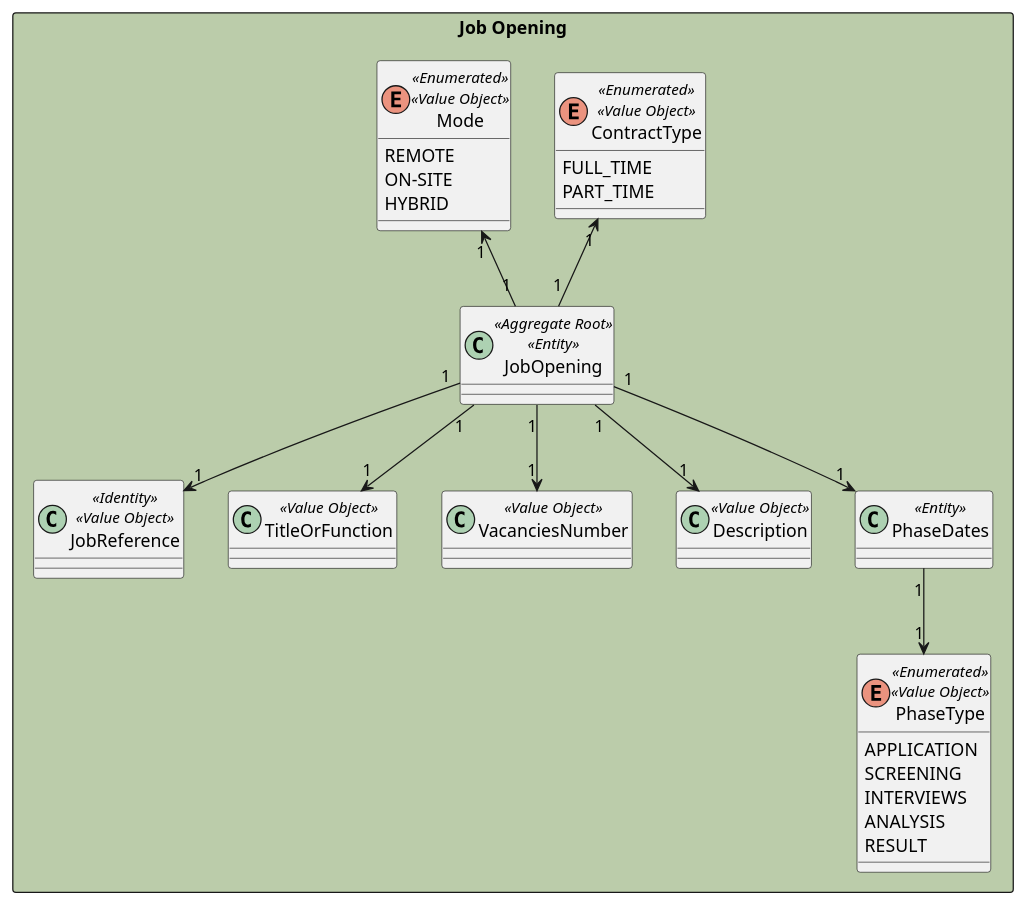
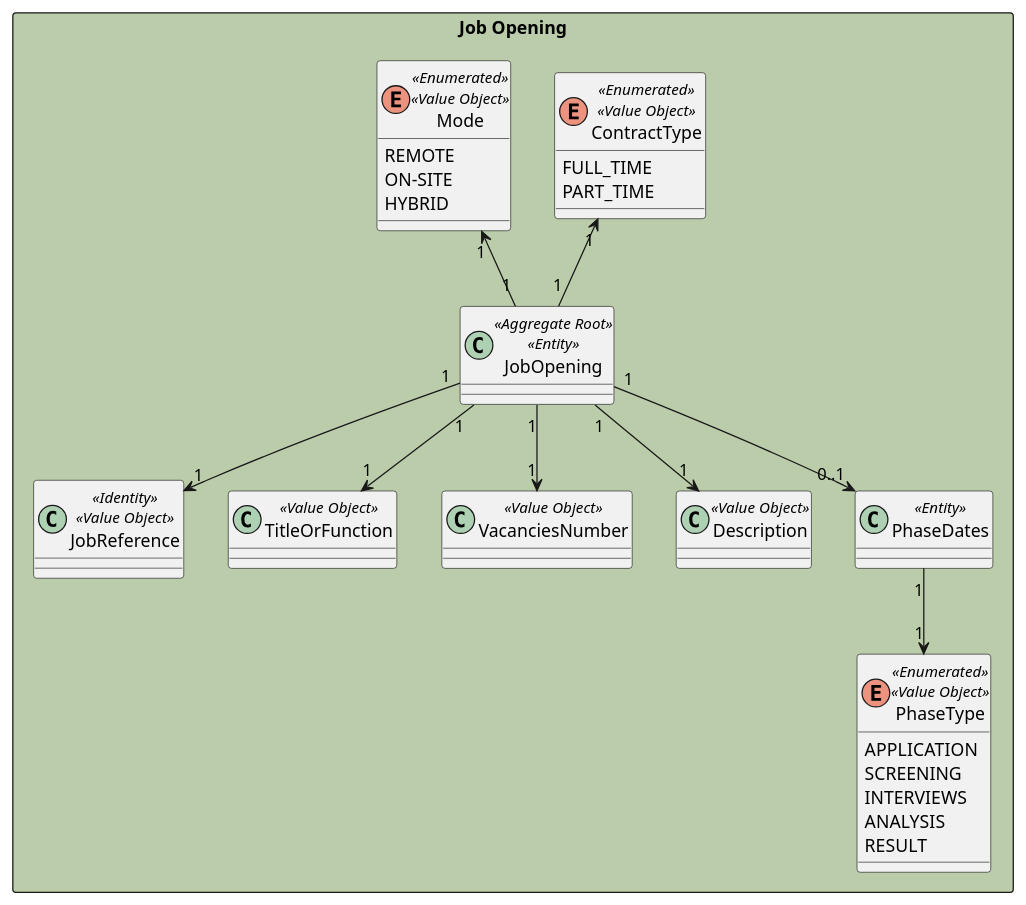
Before and after one commit to marcoferreira37/Lapr4: the diagram in docs/sprintB/1003/1003-domain-model.puml, drawn with PlantUML. The commit also changed 6 other files, not shown here.

Commit message:
#35 - [US1013] Update og the domain models related to the Job Opening

```diff
--- a/docs/sprintB/1003/1003-domain-model.puml
+++ b/docs/sprintB/1003/1003-domain-model.puml
@@ -1,72 +1,72 @@
 @startuml
 ''skinparam monochrome true
 skinparam packageStyle rectangle
 skinparam shadowing false
 
 
 
 rectangle "Job Opening" #bbccaa {
 
     class JobOpening<<Aggregate Root>><<Entity>>{}
 
     class JobReference<<Identity>><<Value Object>>{}
 
     class TitleOrFunction<<Value Object>>{}
 
     enum ContractType<<Enumerated>><<Value Object>>{
         FULL_TIME
         PART_TIME
     }
 
     enum Mode<<Enumerated>><<Value Object>>{
         REMOTE
         ON-SITE
         HYBRID
         }
 
 
     class VacanciesNumber<<Value Object>>{}
 
     class Description<<Value Object>>{}
 
     class PhaseDates<<Entity>>{}
     enum PhaseType<<Enumerated>><<Value Object>>{
                 APPLICATION
                 SCREENING
                 INTERVIEWS
                 ANALYSIS
                 RESULT
             }
-     JobOpening "1" --> "1" PhaseDates
+     JobOpening "1" --> "0..1" PhaseDates
 
      PhaseDates "1" --> "1" PhaseType
 }
 '
 'rectangle "Filtering Strategy" #bbaacc {
 'interface FilterStrategy{
 '
 '    +filter()
 '    +criteria()
 '    }
 '
 '    class Criteria <<Value Object>>{}
 '
 '    class FilterByDescription extends FilterStrategy{}
 '    class FilterByDate extends FilterStrategy{}
 '    class FilterByCode extends FilterStrategy {}
 '}
 
 
 JobReference "1" <-up- "1" JobOpening
 TitleOrFunction "1" <-up- "1" JobOpening
 ContractType "1" <-- "1" JobOpening
 Mode "1" <-- "1" JobOpening
 Description "1" <-up- "1" JobOpening
 VacanciesNumber "1" <-up- "1" JobOpening
 
 'Criteria "1" -up-> "1" FilterByCode
 'Criteria "1" -up-> "1" FilterByDate
 'Criteria "1" -up-> "1" FilterByDescription
 
 
 @enduml
```
